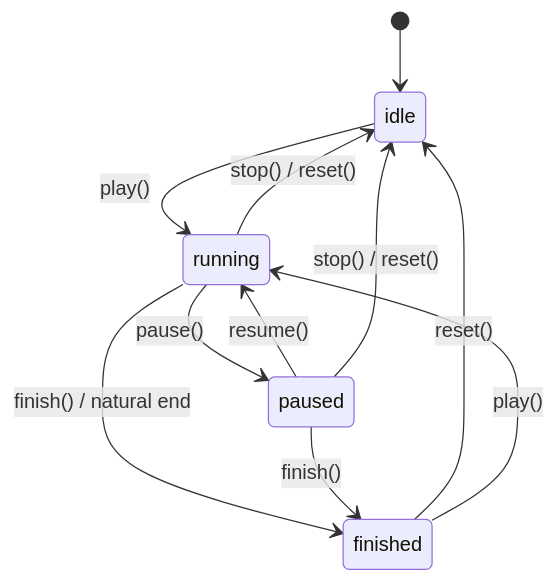
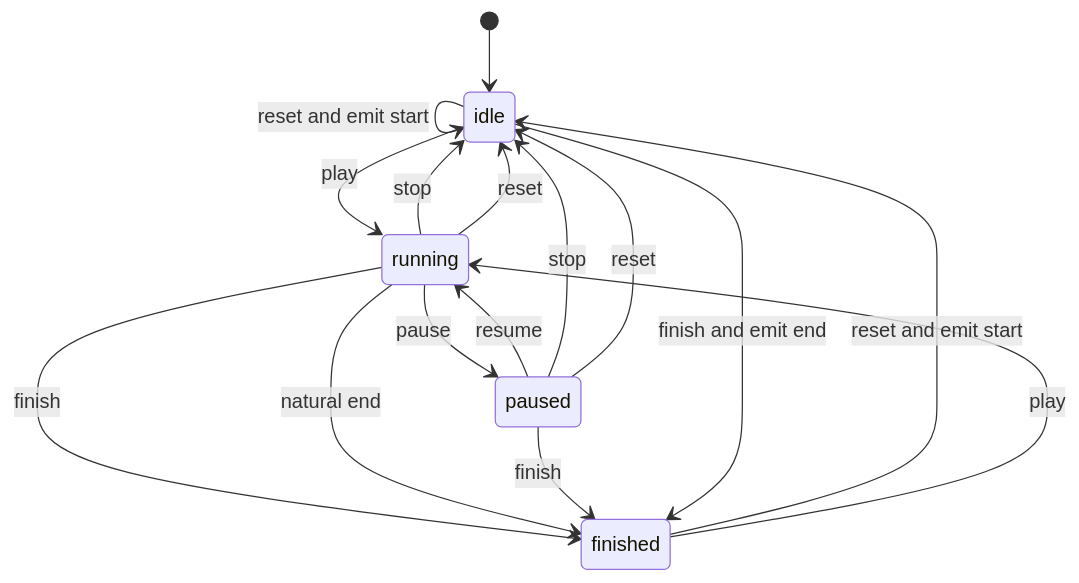
One commit to webspatial/webspatial-sdk changed the second of 2 diagrams in openspec/changes/spatialized-element-motion-api/design.md. Above: the diagram before and after it, drawn with Mermaid. The commit also changed other lines of this file and 8 other files, not shown here.

Commit message:
update spec of reset finish and statemachine restriction

````diff
--- a/openspec/changes/spatialized-element-motion-api/design.md
+++ b/openspec/changes/spatialized-element-motion-api/design.md
@@ -132,13 +134,18 @@
 ```mermaid
 stateDiagram-v2
     [*] --> idle
-    idle --> running : play()
-    running --> paused : pause()
-    running --> idle : stop() / reset()
-    running --> finished : finish() / natural end
-    paused --> running : resume()
-    paused --> idle : stop() / reset()
-    paused --> finished : finish()
-    finished --> idle : reset()
-    finished --> running : play()
+    idle --> running : play
+    running --> paused : pause
+    running --> idle : stop
+    running --> idle : reset
+    running --> finished : finish
+    running --> finished : natural end
+    paused --> running : resume
+    paused --> idle : stop
+    paused --> idle : reset
+    paused --> finished : finish
+    idle --> idle : reset and emit start
+    idle --> finished : finish and emit end
+    finished --> idle : reset and emit start
+    finished --> running : play
 ```
````
